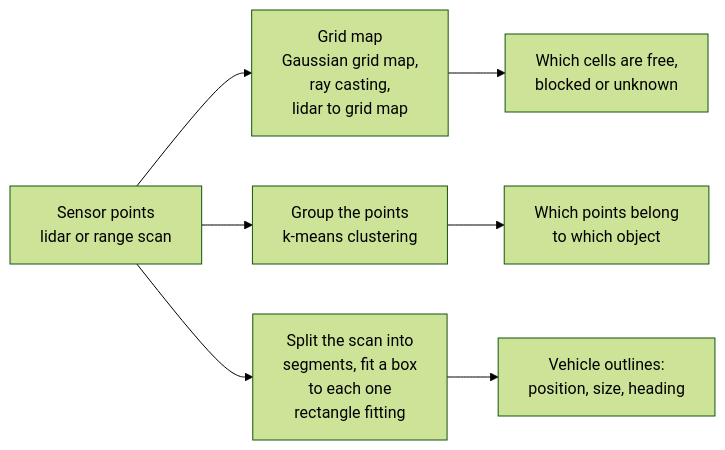
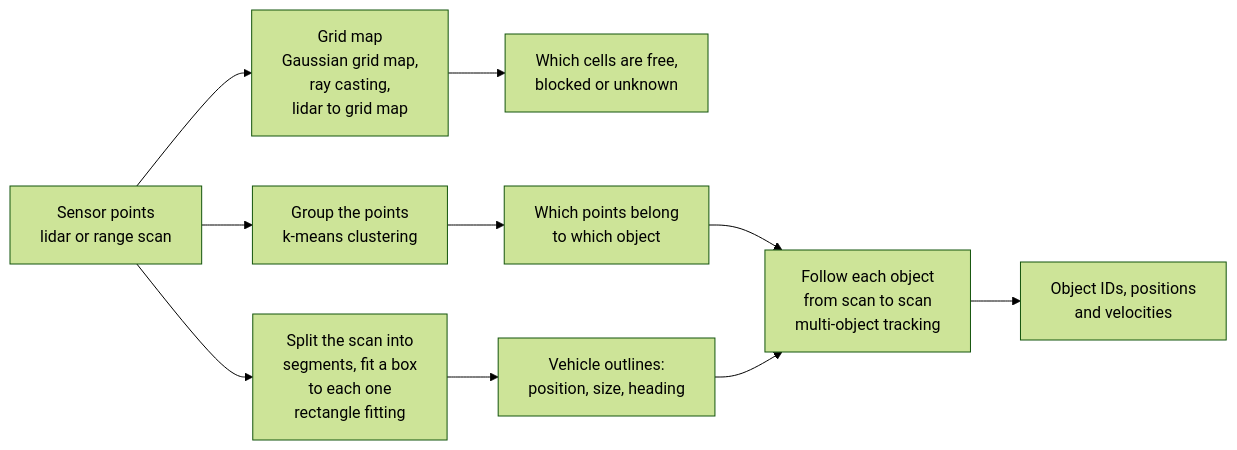
The fourth of 10 diagrams in README.md (robofan45/MotionRobocar), drawn with Mermaid (forest theme) before and after one commit. The commit also changed other lines of this file and 8 other files, not shown here.

````diff
--- a/README.md
+++ b/README.md
@@ -306,9 +342,12 @@
 ```mermaid
 flowchart LR
     SCAN["Sensor points<br/>lidar or range scan"] --> GRID["Grid map<br/>Gaussian grid map,<br/>ray casting,<br/>lidar to grid map"]
     SCAN --> KM["Group the points<br/>k-means clustering"]
     SCAN --> RECT["Split the scan into<br/>segments, fit a box<br/>to each one<br/>rectangle fitting"]
     GRID --> G2["Which cells are free,<br/>blocked or unknown"]
     KM --> K2["Which points belong<br/>to which object"]
     RECT --> R2["Vehicle outlines:<br/>position, size, heading"]
+    K2 --> MOT["Follow each object<br/>from scan to scan<br/>multi-object tracking"]
+    R2 --> MOT
+    MOT --> M2["Object IDs, positions<br/>and velocities"]
 ```
````
